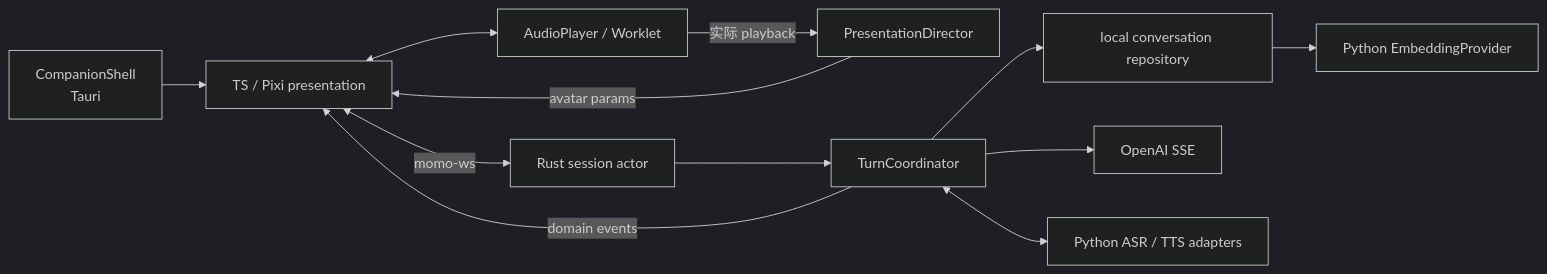
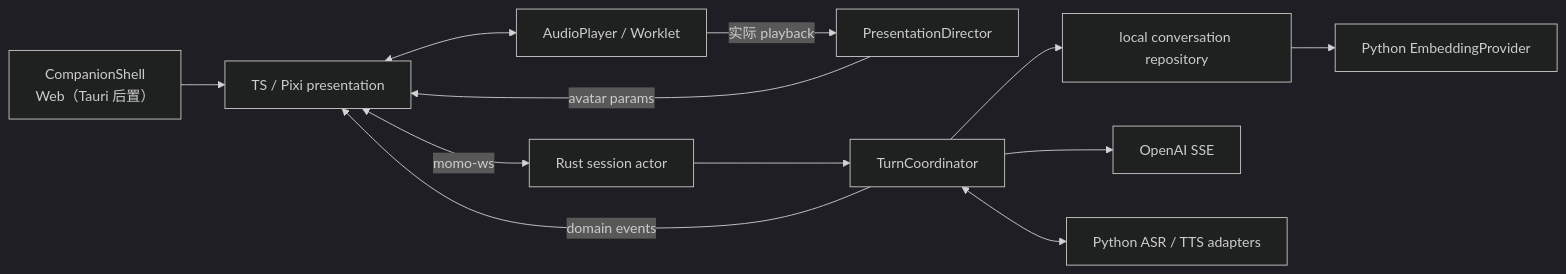
Before and after one commit to Momoyeyu/momo: the first of 2 diagrams in docs/02-repos/momo-app.md, drawn with Mermaid (dark theme). The commit also changed other lines of this file and 18 other files, not shown here.

Commit message:
docs: correct product direction — humanlike companion core, web-first host, repo split plan, provider boundary

````diff
--- a/docs/02-repos/momo-app.md
+++ b/docs/02-repos/momo-app.md
@@ -26,14 +26,14 @@
 ```mermaid
 flowchart LR
-    SHELL["CompanionShell<br/>Tauri"] --> UI["TS / Pixi presentation"]
+    SHELL["CompanionShell<br/>Web（Tauri 后置）"] --> UI["TS / Pixi presentation"]
     UI <--> AUDIO["AudioPlayer / Worklet"]
     AUDIO -->|"实际 playback"| PRESENT["PresentationDirector"]
     PRESENT -->|"avatar params"| UI
     UI <-->|"momo-ws"| ACTOR["Rust session actor"]
     ACTOR --> TURN["TurnCoordinator"]
     TURN -->|"domain events"| UI
     TURN --> REPO["local conversation repository"]
     REPO --> EMBED["Python EmbeddingProvider"]
     TURN --> LLM["OpenAI SSE"]
     TURN <--> MODELS["Python ASR / TTS adapters"]
 ```
````
